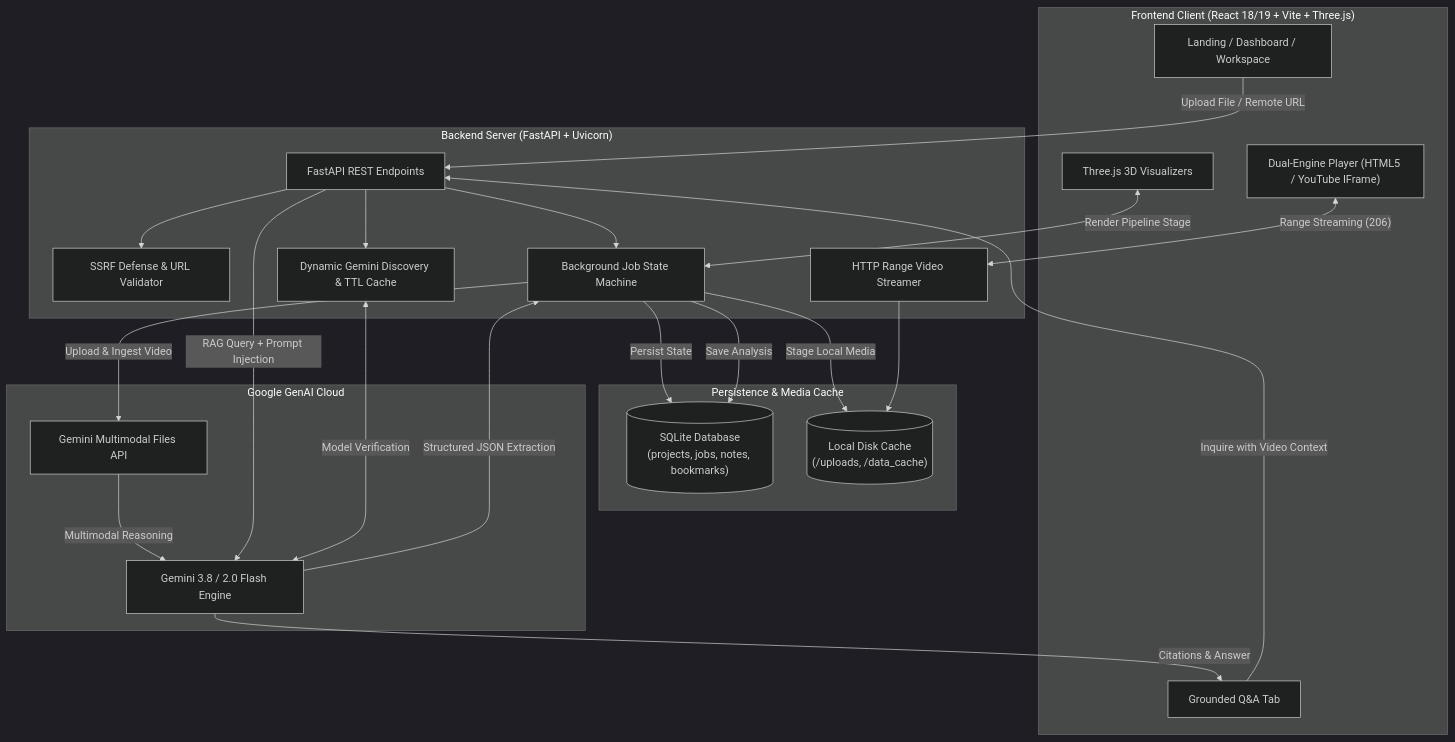
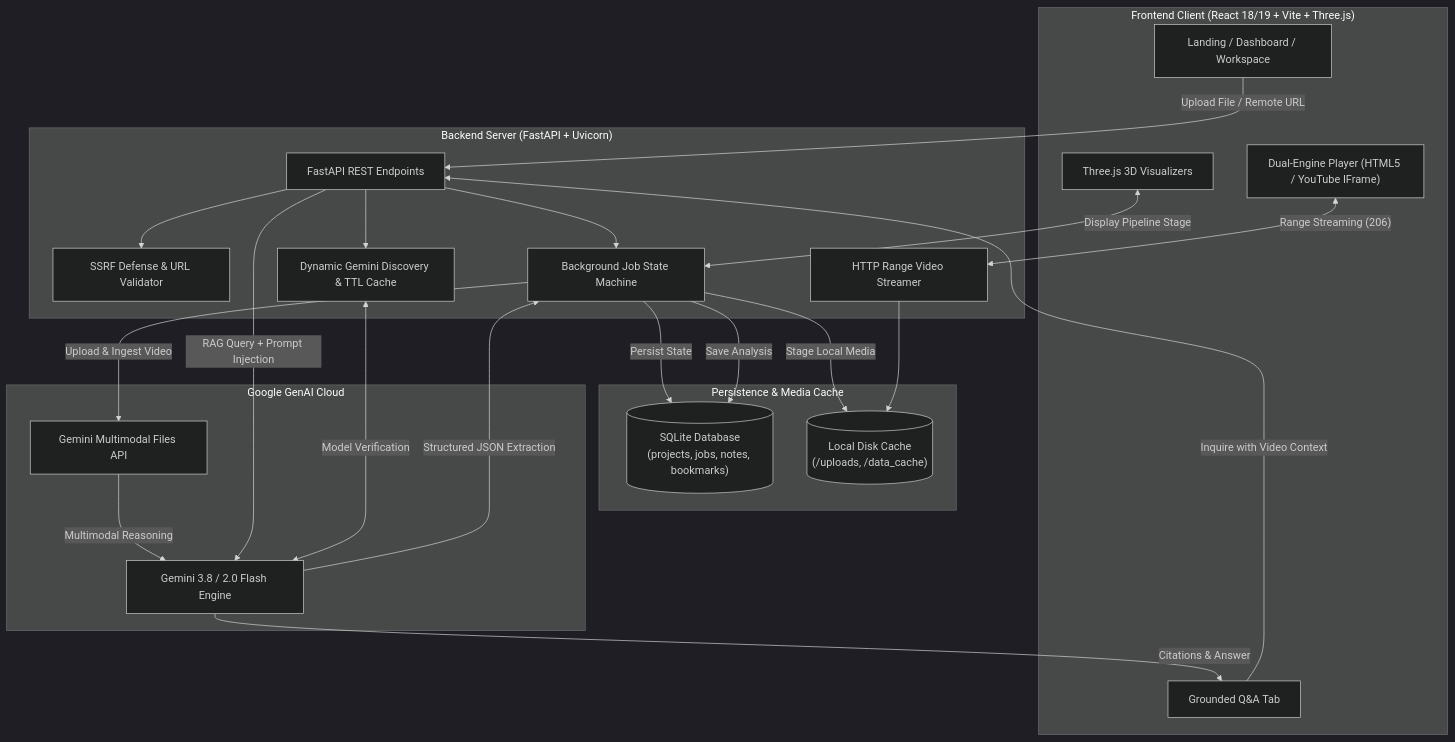
One commit to Kshaurya-07/Video-Media-Knowledge-Extractor changed the diagram in README.md. Above: the diagram before and after it, drawn with Mermaid (dark theme). The commit also changed other lines of this file, not shown here.

Commit message:
docs: eliminate all Render deployment references from README

````diff
--- a/README.md
+++ b/README.md
@@ -123,48 +123,48 @@
 ```mermaid
 flowchart TD
     subgraph Client["Frontend Client (React 18/19 + Vite + Three.js)"]
         UI["Landing / Dashboard / Workspace"]
         Player["Dual-Engine Player (HTML5 / YouTube IFrame)"]
         ThreeCanvas["Three.js 3D Visualizers"]
         QAChat["Grounded Q&A Tab"]
     end
 
     subgraph Backend["Backend Server (FastAPI + Uvicorn)"]
         API["FastAPI REST Endpoints"]
         SSRF["SSRF Defense & URL Validator"]
         JobEngine["Background Job State Machine"]
         StreamEngine["HTTP Range Video Streamer"]
         ModelDisc["Dynamic Gemini Discovery & TTL Cache"]
     end
 
     subgraph Storage["Persistence & Media Cache"]
         DB[("SQLite Database\n(projects, jobs, notes, bookmarks)")]
         DiskCache[("Local Disk Cache\n(/uploads, /data_cache)")]
     end
 
     subgraph GoogleAI["Google GenAI Cloud"]
         GeminiAPI["Gemini 3.8 / 2.0 Flash Engine"]
         FilesAPI["Gemini Multimodal Files API"]
     end
 
     UI -->|"Upload File / Remote URL"| API
     API --> SSRF
     API --> JobEngine
     JobEngine -->|"Persist State"| DB
     JobEngine -->|"Stage Local Media"| DiskCache
     JobEngine -->|"Upload & Ingest Video"| FilesAPI
     FilesAPI -->|"Multimodal Reasoning"| GeminiAPI
     GeminiAPI -->|"Structured JSON Extraction"| JobEngine
     JobEngine -->|"Save Analysis"| DB
     
     Player <-->|"Range Streaming (206)"| StreamEngine
     StreamEngine --> DiskCache
     
     QAChat -->|"Inquire with Video Context"| API
     API -->|"RAG Query + Prompt Injection"| GeminiAPI
     GeminiAPI -->|"Citations & Answer"| QAChat
     
     API --> ModelDisc
     ModelDisc <-->|"Model Verification"| GeminiAPI
-    ThreeCanvas <-->|"Render Pipeline Stage"| JobEngine
+    ThreeCanvas <-->|"Display Pipeline Stage"| JobEngine
 ```
````
